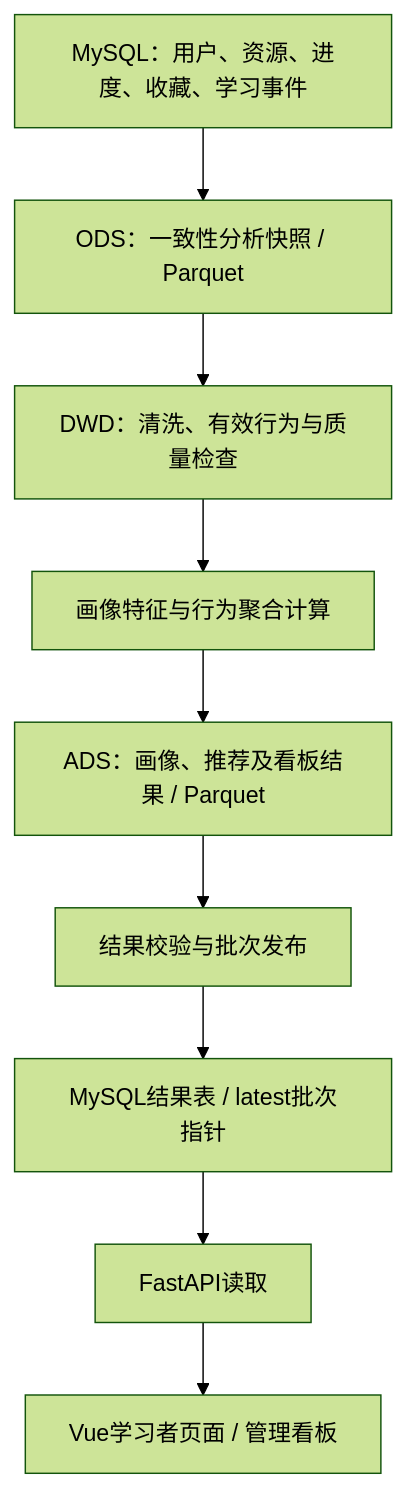
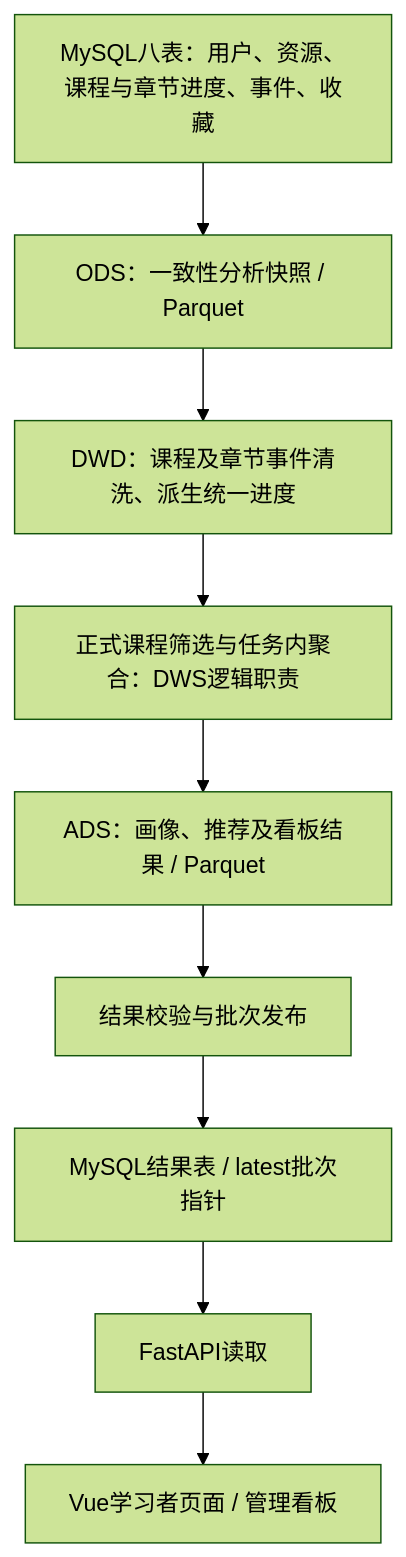
Before and after one commit to nuyoahyanxi-design/BigDataGraduationProject: the diagram in README.md, drawn with Mermaid (forest theme). The commit also changed other lines of this file and 3 other files, not shown here.

Commit message:
docs: synchronize defense baseline and architecture

````diff
--- a/README.md
+++ b/README.md
@@ -57,11 +67,11 @@
 ```mermaid
 flowchart TD
-    A[MySQL：用户、资源、进度、收藏、学习事件] --> B[ODS：一致性分析快照 / Parquet]
-    B --> C[DWD：清洗、有效行为与质量检查]
-    C --> D[画像特征与行为聚合计算]
+    A[MySQL八表：用户、资源、课程与章节进度、事件、收藏] --> B[ODS：一致性分析快照 / Parquet]
+    B --> C[DWD：课程及章节事件清洗、派生统一进度]
+    C --> D[正式课程筛选与任务内聚合：DWS逻辑职责]
     D --> E[ADS：画像、推荐及看板结果 / Parquet]
     E --> F[结果校验与批次发布]
     F --> G[MySQL结果表 / latest批次指针]
     G --> H[FastAPI读取]
     H --> I[Vue学习者页面 / 管理看板]
 ```
````
